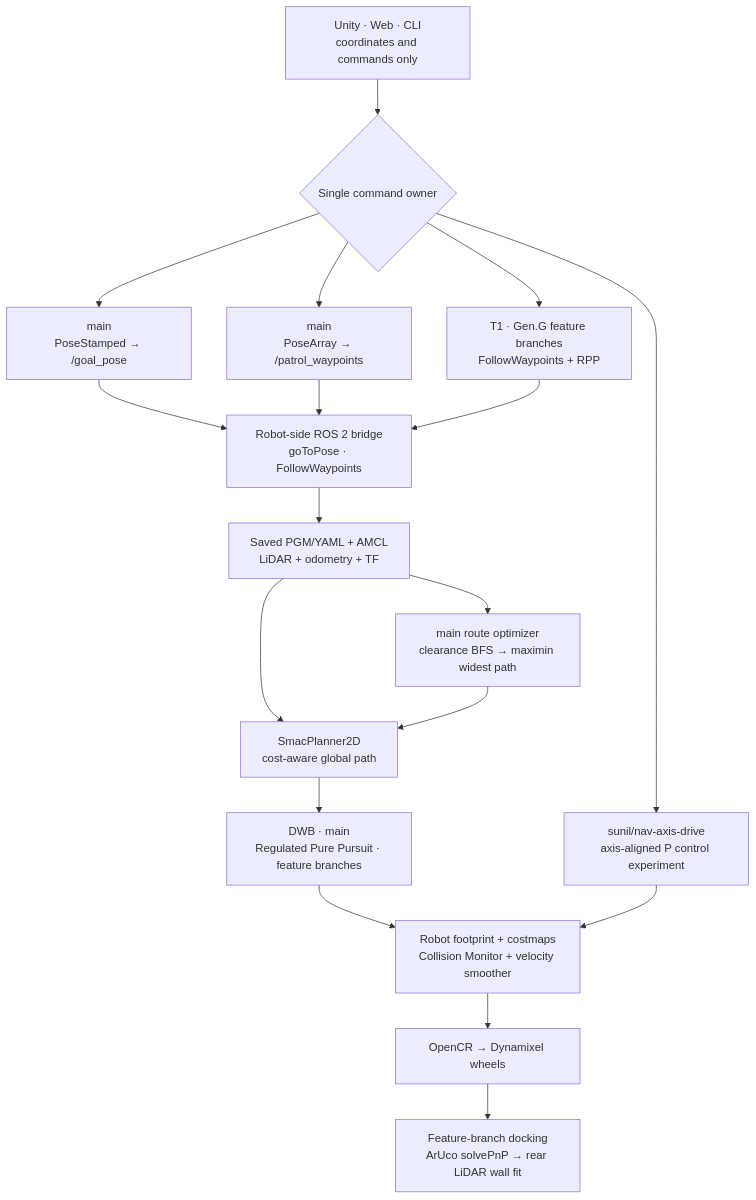
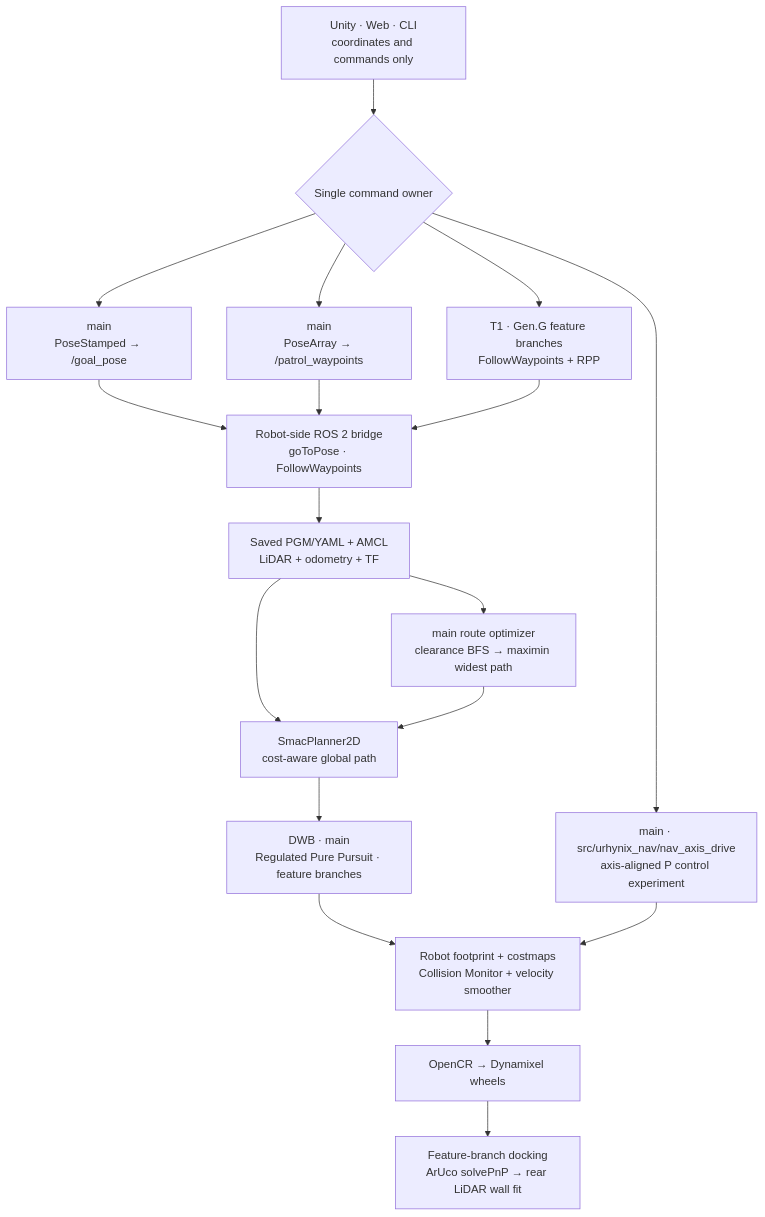
The second of 3 diagrams in README.md (eduwing-robotics/ros2-ai-amr-repo2), drawn with Mermaid before and after one commit. The commit also changed other lines of this file and 1538 other files, not shown here.

````diff
--- a/README.md
+++ b/README.md
@@ -141,36 +141,36 @@
 ```mermaid
 flowchart TD
     UI["Unity · Web · CLI<br/>coordinates and commands only"]
     OWNER{"Single command owner"}
     GOAL["main<br/>PoseStamped → /goal_pose"]
     PATROL["main<br/>PoseArray → /patrol_waypoints"]
-    AXIS["sunil/nav-axis-drive<br/>axis-aligned P control experiment"]
+    AXIS["main · src/urhynix_nav/nav_axis_drive<br/>axis-aligned P control experiment"]
     FEATURE["T1 · Gen.G feature branches<br/>FollowWaypoints + RPP"]
 
     BRIDGE["Robot-side ROS 2 bridge<br/>goToPose · FollowWaypoints"]
     LOCALIZE["Saved PGM/YAML + AMCL<br/>LiDAR + odometry + TF"]
     ROUTE["main route optimizer<br/>clearance BFS → maximin widest path"]
     PLAN["SmacPlanner2D<br/>cost-aware global path"]
     CONTROL["DWB · main<br/>Regulated Pure Pursuit · feature branches"]
     SAFE["Robot footprint + costmaps<br/>Collision Monitor + velocity smoother"]
     DRIVE["OpenCR → Dynamixel wheels"]
     DOCK["Feature-branch docking<br/>ArUco solvePnP → rear LiDAR wall fit"]
 
     UI --> OWNER
     OWNER --> GOAL
     OWNER --> PATROL
     OWNER --> AXIS
     OWNER --> FEATURE
     GOAL --> BRIDGE
     PATROL --> BRIDGE
     FEATURE --> BRIDGE
     BRIDGE --> LOCALIZE
     LOCALIZE --> ROUTE
     LOCALIZE --> PLAN
     ROUTE --> PLAN
     PLAN --> CONTROL
     CONTROL --> SAFE
     AXIS --> SAFE
     SAFE --> DRIVE
     DRIVE --> DOCK
 ```
````
